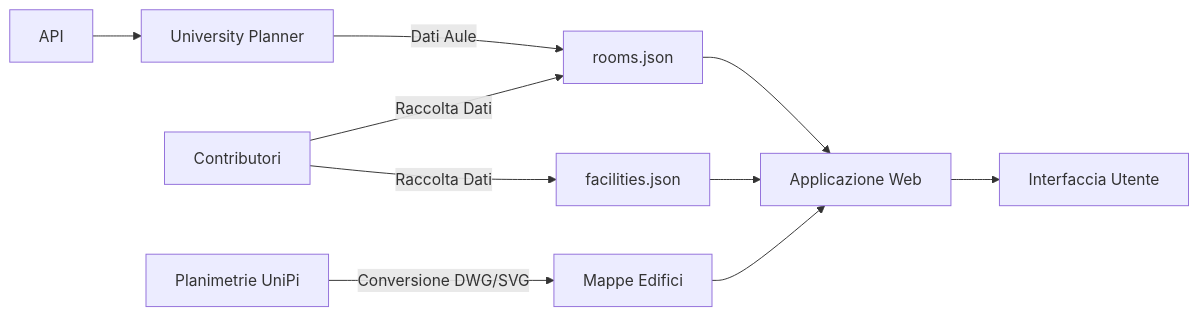
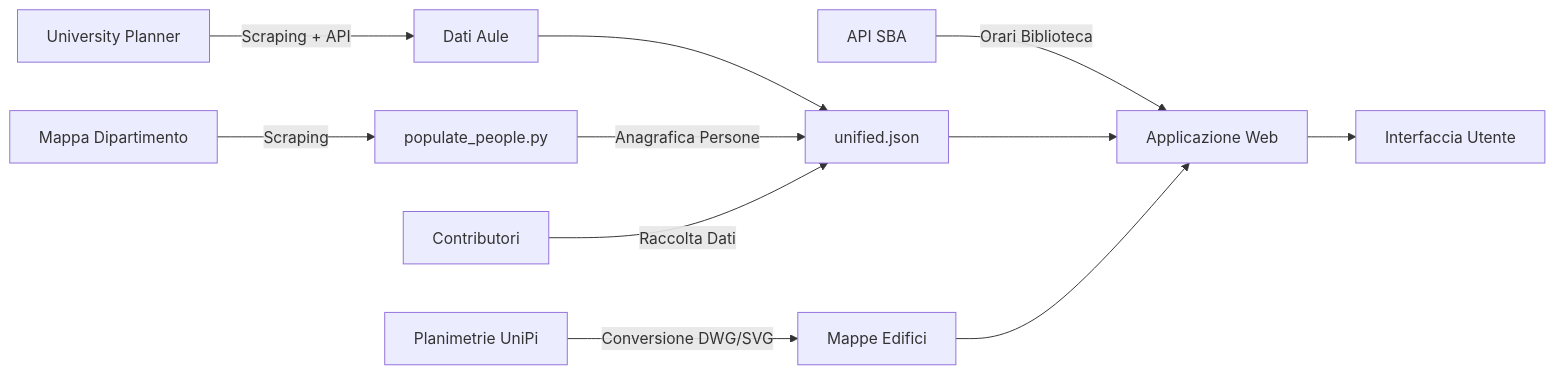
One commit to plumkewe/dove-unipi changed the first of 2 diagrams in README.md. Above: the diagram before and after it, drawn with Mermaid. The commit also changed other lines of this file and 10 other files, not shown here.

````diff
--- a/README.md
+++ b/README.md
@@ -225,12 +230,18 @@
 ```mermaid
 graph LR
     A[Planimetrie UniPi] -->|Conversione DWG/SVG| B[Mappe Edifici]
-    I[API] --> C[University Planner]
-    C -->|Dati Aule| D[rooms.json]
-    G[Contributori] -->|Raccolta Dati| H[facilities.json]
-    G -->|Raccolta Dati| D
-    D --> E[Applicazione Web]
-    H --> E
+    
+    I[University Planner] -->|Scraping + API| C[Dati Aule]
+    C --> D[unified.json]
+    
+    L[Mappa Dipartimento] -->|Scraping| M[populate_people.py]
+    M -->|Anagrafica Persone| D
+    
+    G[Contributori] -->|Raccolta Dati| D
+    
+    N[API SBA] -->|Orari Biblioteca| E[Applicazione Web]
+    
+    D --> E
     B --> E
     E --> F[Interfaccia Utente]
 ```
````
